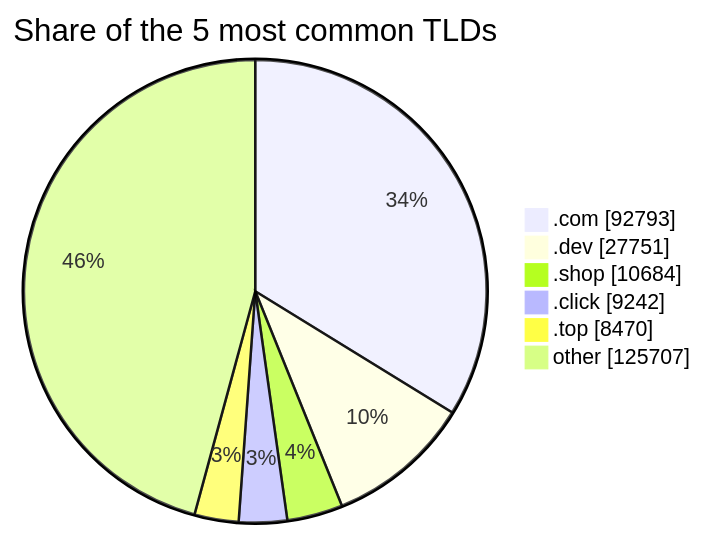
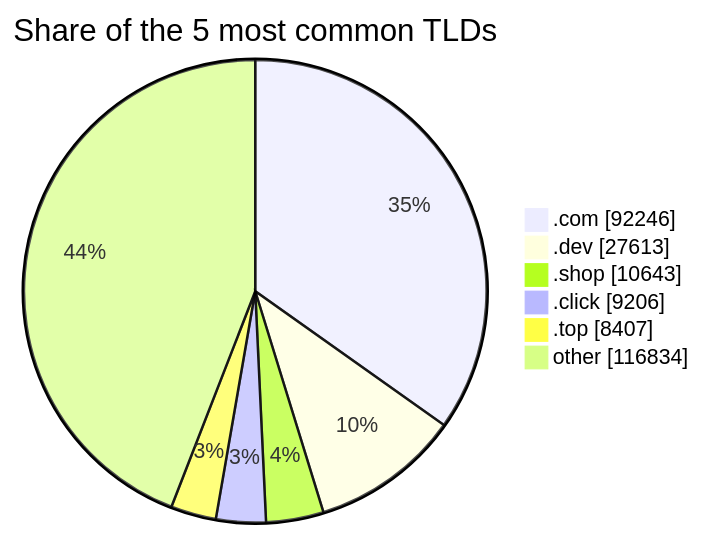
Before and after one commit to DNSBunker/CTI: the third of 3 diagrams in README.md, drawn with Mermaid. The commit also changed other lines of this file and 3 other files, not shown here.

````diff
--- a/README.md
+++ b/README.md
@@ -81,9 +81,9 @@
 ```mermaid
 pie showData title Share of the 5 most common TLDs
-    ".com" : 92793
-    ".dev" : 27751
-    ".shop" : 10684
-    ".click" : 9242
-    ".top" : 8470
-    "other" : 125707
+    ".com" : 92246
+    ".dev" : 27613
+    ".shop" : 10643
+    ".click" : 9206
+    ".top" : 8407
+    "other" : 116834
 ```
````
